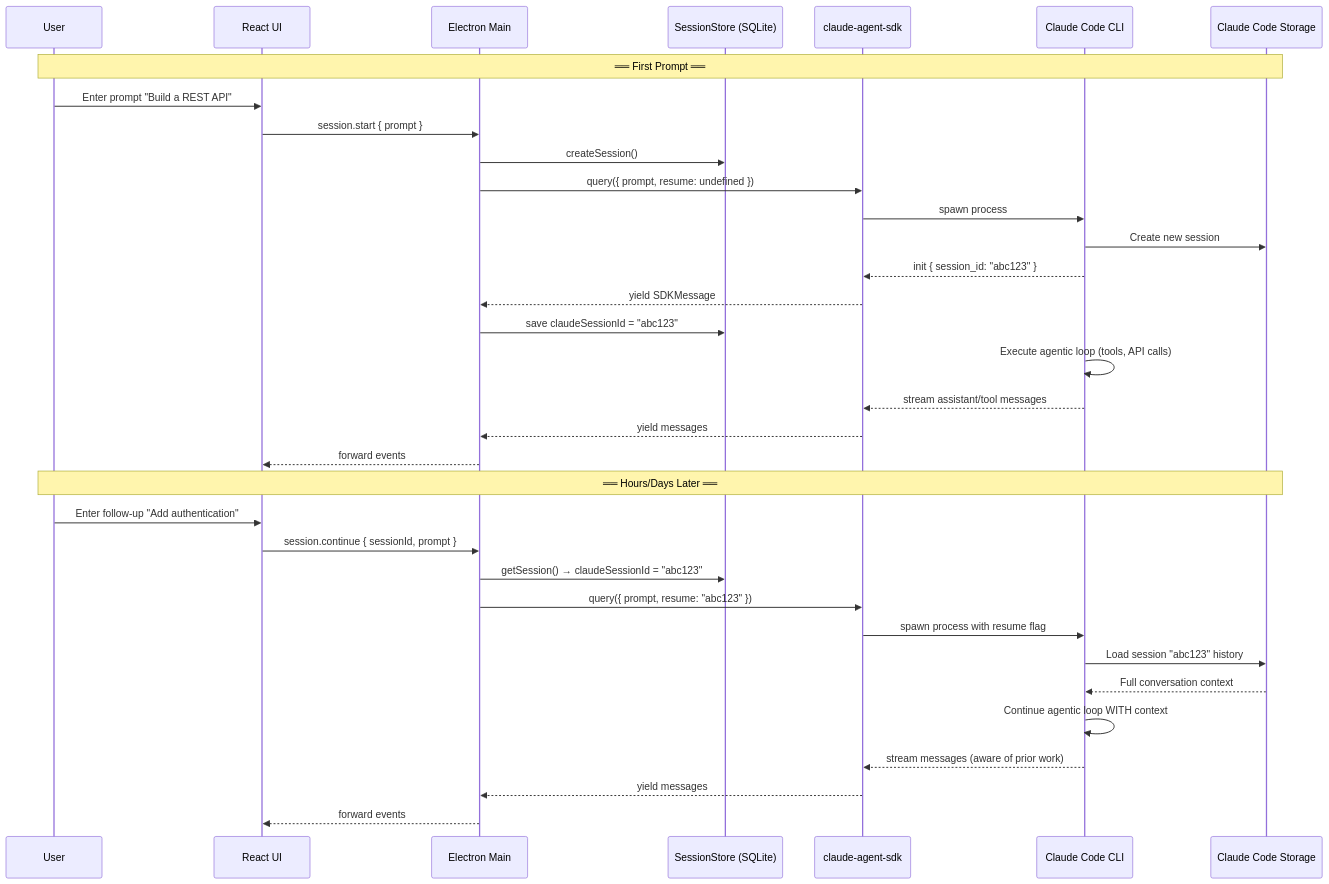
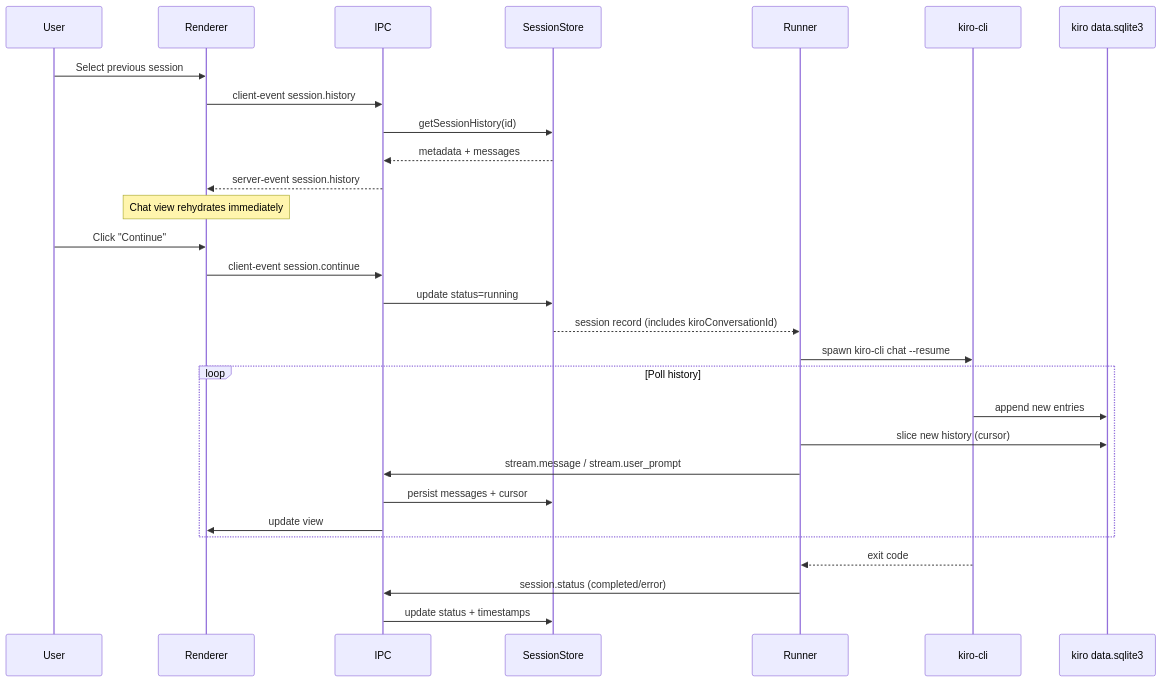
The fourth of 5 diagrams in docs/ARCHITECTURE.md (xrusjohn/sample-kiro-assistant), drawn with Mermaid before and after one commit. The commit also changed other lines of this file and 42 other files, not shown here.

````diff
--- a/docs/ARCHITECTURE.md
+++ b/docs/ARCHITECTURE.md
@@ -363,38 +166,32 @@
 ```mermaid
 sequenceDiagram
     participant User
-    participant UI as React UI
-    participant Main as Electron Main
-    participant Store as SessionStore (SQLite)
-    participant SDK as claude-agent-sdk
-    participant CLI as Claude Code CLI
-    participant CCStore as Claude Code Storage
+    participant UI as Renderer
+    participant IPC
+    participant Store as SessionStore
+    participant Runner
+    participant CLI as kiro-cli
+    participant DB as kiro data.sqlite3
 
-    Note over User,CCStore: ══ First Prompt ══
-    User->>UI: Enter prompt "Build a REST API"
-    UI->>Main: session.start { prompt }
-    Main->>Store: createSession()
-    Main->>SDK: query({ prompt, resume: undefined })
-    SDK->>CLI: spawn process
-    CLI->>CCStore: Create new session
-    CLI-->>SDK: init { session_id: "abc123" }
-    SDK-->>Main: yield SDKMessage
-    Main->>Store: save claudeSessionId = "abc123"
-    CLI->>CLI: Execute agentic loop (tools, API calls)
-    CLI-->>SDK: stream assistant/tool messages
-    SDK-->>Main: yield messages
-    Main-->>UI: forward events
-
-    Note over User,CCStore: ══ Hours/Days Later ══
-    User->>UI: Enter follow-up "Add authentication"
-    UI->>Main: session.continue { sessionId, prompt }
-    Main->>Store: getSession() → claudeSessionId = "abc123"
-    Main->>SDK: query({ prompt, resume: "abc123" })
-    SDK->>CLI: spawn process with resume flag
-    CLI->>CCStore: Load session "abc123" history
-    CCStore-->>CLI: Full conversation context
-    CLI->>CLI: Continue agentic loop WITH context
-    CLI-->>SDK: stream messages (aware of prior work)
-    SDK-->>Main: yield messages
-    Main-->>UI: forward events
+    User->>UI: Select previous session
+    UI->>IPC: client-event session.history
+    IPC->>Store: getSessionHistory(id)
+    Store-->>IPC: metadata + messages
+    IPC-->>UI: server-event session.history
+    note over UI: Chat view rehydrates immediately
+    User->>UI: Click "Continue"
+    UI->>IPC: client-event session.continue
+    IPC->>Store: update status=running
+    Store-->>Runner: session record (includes kiroConversationId)
+    Runner->>CLI: spawn kiro-cli chat --resume
+    loop Poll history
+        CLI->>DB: append new entries
+        Runner->>DB: slice new history (cursor)
+        Runner->>IPC: stream.message / stream.user_prompt
+        IPC->>Store: persist messages + cursor
+        IPC->>UI: update view
+    end
+    CLI-->>Runner: exit code
+    Runner->>IPC: session.status (completed/error)
+    IPC->>Store: update status + timestamps
 ```
````
